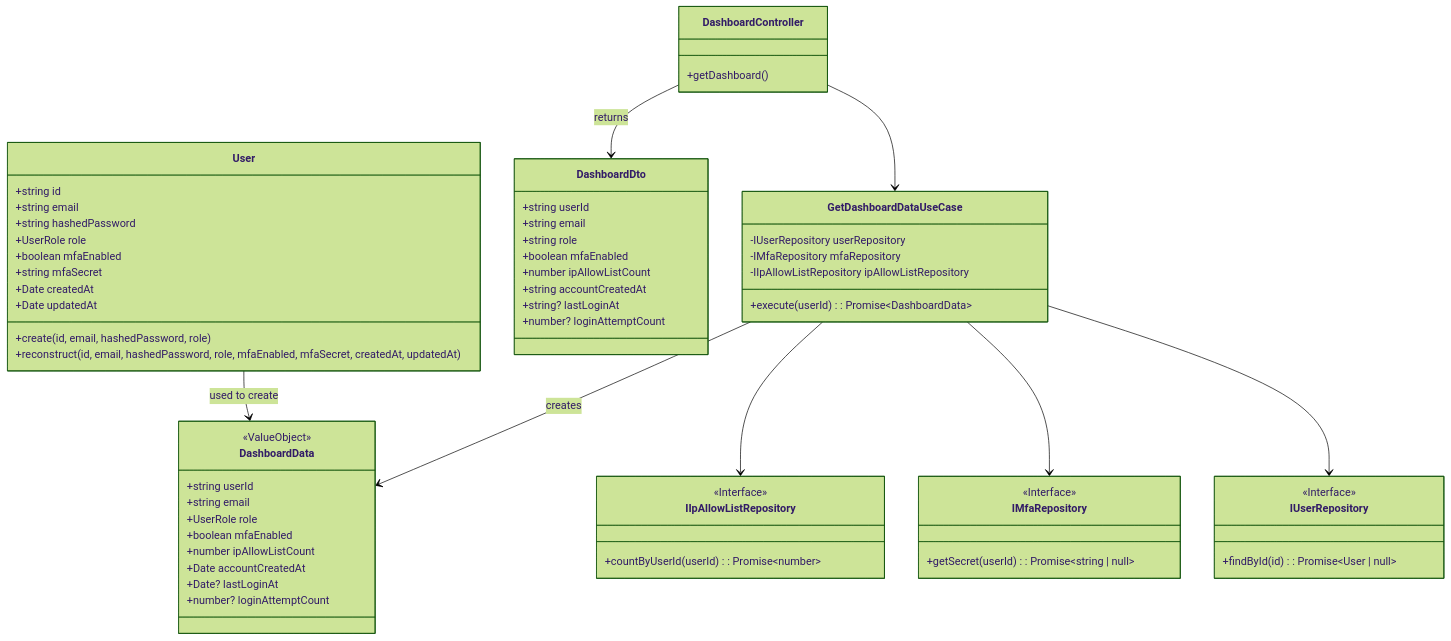
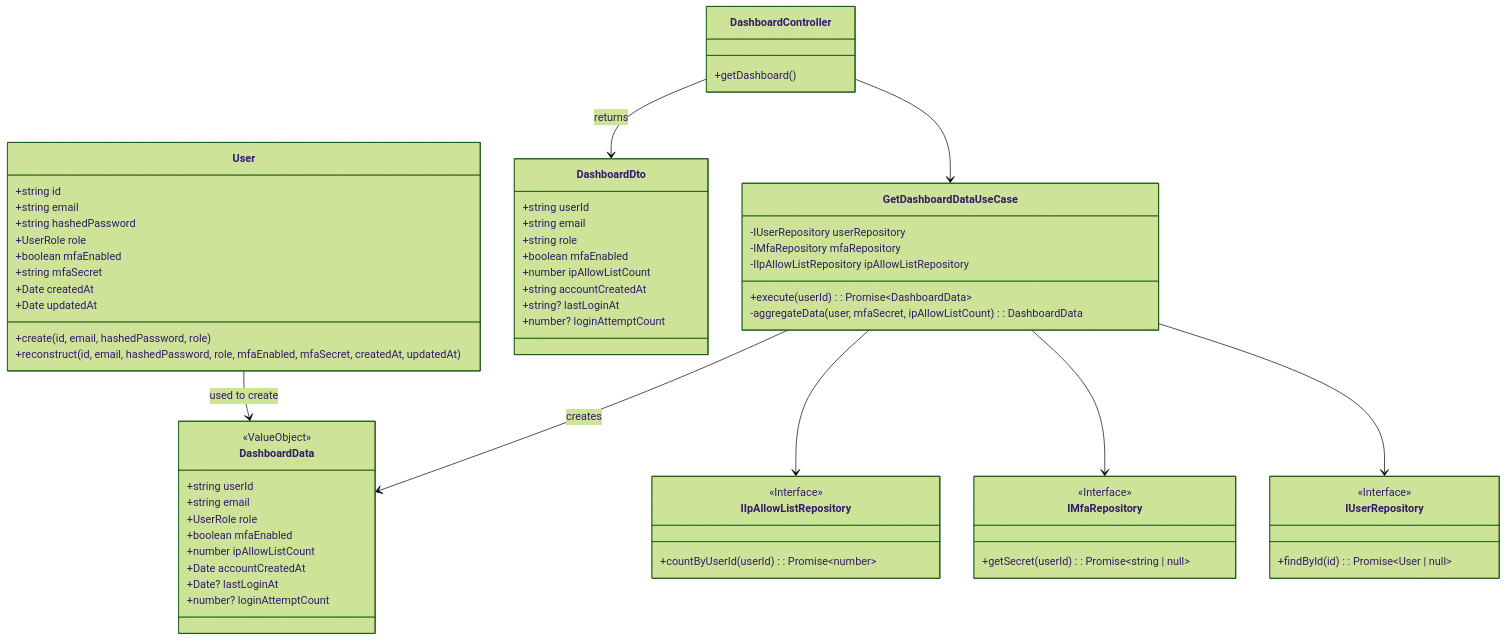
Before and after one commit to kencom2400/MrWebDefence-Console: the first of 2 diagrams in docs/detailed-design/MWD-33_dashboard-implementation/class-diagrams.md, drawn with Mermaid (forest theme). The commit also changed other lines of this file and 3 other files, not shown here.

````diff
--- a/docs/detailed-design/MWD-33_dashboard-implementation/class-diagrams.md
+++ b/docs/detailed-design/MWD-33_dashboard-implementation/class-diagrams.md
@@ -5,72 +5,73 @@
 ```mermaid
 classDiagram
     class User {
         +string id
         +string email
         +string hashedPassword
         +UserRole role
         +boolean mfaEnabled
         +string mfaSecret
         +Date createdAt
         +Date updatedAt
         +create(id, email, hashedPassword, role)
         +reconstruct(id, email, hashedPassword, role, mfaEnabled, mfaSecret, createdAt, updatedAt)
     }
 
     class DashboardData {
         <<ValueObject>>
         +string userId
         +string email
         +UserRole role
         +boolean mfaEnabled
         +number ipAllowListCount
         +Date accountCreatedAt
         +Date? lastLoginAt
         +number? loginAttemptCount
     }
 
     class GetDashboardDataUseCase {
         -IUserRepository userRepository
         -IMfaRepository mfaRepository
         -IIpAllowListRepository ipAllowListRepository
         +execute(userId): Promise~DashboardData~
+        -aggregateData(user, mfaSecret, ipAllowListCount): DashboardData
     }
 
     class DashboardController {
         +getDashboard()
     }
 
     class DashboardDto {
         +string userId
         +string email
         +string role
         +boolean mfaEnabled
         +number ipAllowListCount
         +string accountCreatedAt
         +string? lastLoginAt
         +number? loginAttemptCount
     }
 
     class IUserRepository {
         <<Interface>>
         +findById(id): Promise~User | null~
     }
 
     class IMfaRepository {
         <<Interface>>
         +getSecret(userId): Promise~string | null~
     }
 
     class IIpAllowListRepository {
         <<Interface>>
         +countByUserId(userId): Promise~number~
     }
 
     User --> DashboardData : used to create
     GetDashboardDataUseCase --> IUserRepository
     GetDashboardDataUseCase --> IMfaRepository
     GetDashboardDataUseCase --> IIpAllowListRepository
     GetDashboardDataUseCase --> DashboardData : creates
     DashboardController --> GetDashboardDataUseCase
     DashboardController --> DashboardDto : returns
 ```
````
